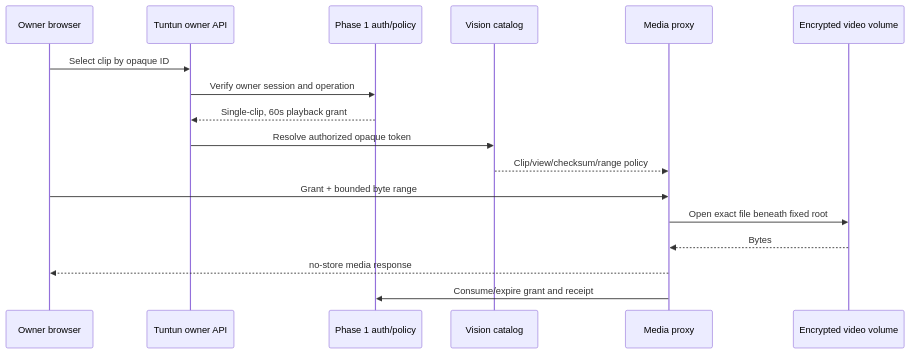
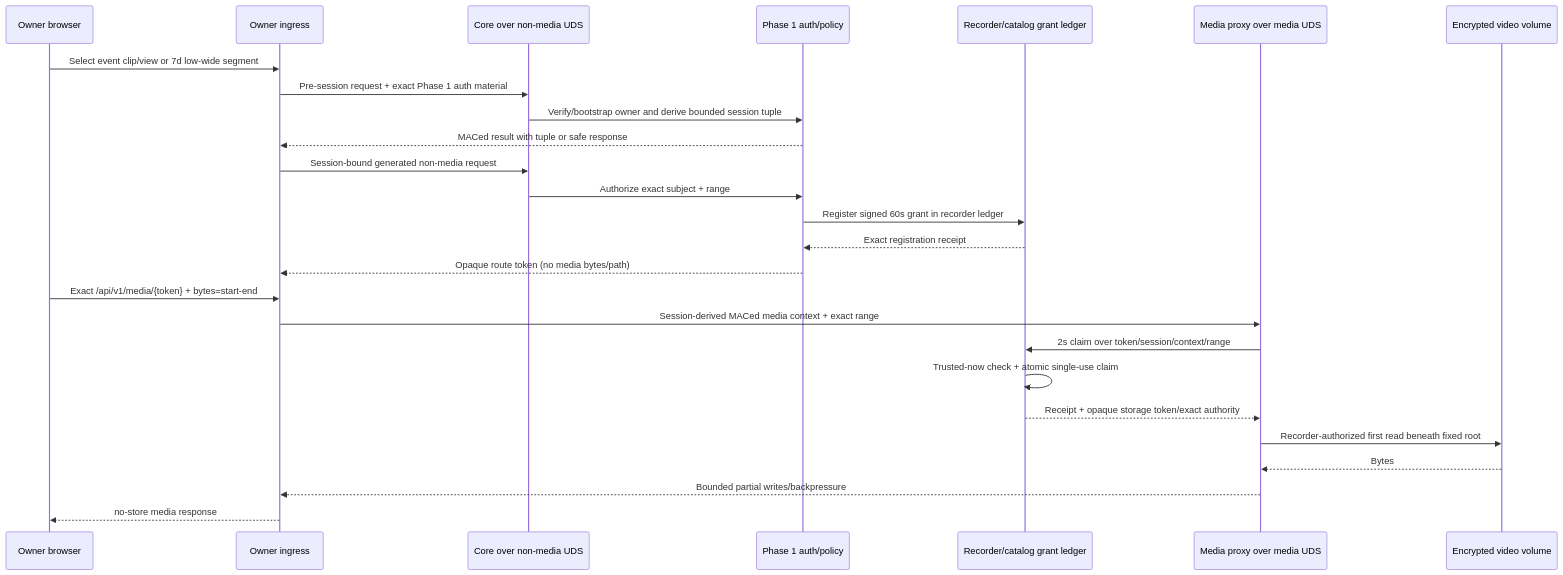
Before and after one commit to infosecbot1/TunTun: the third of 4 diagrams in docs/superpowers/specs/2026-08-27-tuntun-phase3-vision-presence-storage-design.md, drawn with Mermaid. The commit also changed other lines of this file and 24 other files, not shown here.

````diff
--- a/docs/superpowers/specs/2026-08-27-tuntun-phase3-vision-presence-storage-design.md
+++ b/docs/superpowers/specs/2026-08-27-tuntun-phase3-vision-presence-storage-design.md
@@ -761,20 +783,29 @@
 ```mermaid
 sequenceDiagram
   participant O as Owner browser
-  participant API as Tuntun owner API
+  participant I as Owner ingress
+  participant API as Core over non-media UDS
   participant Auth as Phase 1 auth/policy
-  participant Cat as Vision catalog
-  participant Proxy as Media proxy
+  participant Cat as Recorder/catalog grant ledger
+  participant Proxy as Media proxy over media UDS
   participant SSD as Encrypted video volume
 
-  O->>API: Select clip by opaque ID
-  API->>Auth: Verify owner session and operation
-  Auth-->>API: Single-clip, 60s playback grant
-  API->>Cat: Resolve authorized opaque token
-  Cat-->>Proxy: Clip/view/checksum/range policy
-  O->>Proxy: Grant + bounded byte range
-  Proxy->>SSD: Open exact file beneath fixed root
+  O->>I: Select event clip/view or 7d low-wide segment
+  I->>API: Pre-session request + exact Phase 1 auth material
+  API->>Auth: Verify/bootstrap owner and derive bounded session tuple
+  Auth-->>I: MACed result with tuple or safe response
+  I->>API: Session-bound generated non-media request
+  API->>Auth: Authorize exact subject + range
+  Auth->>Cat: Register signed 60s grant in recorder ledger
+  Cat-->>Auth: Exact registration receipt
+  Auth-->>I: Opaque route token (no media bytes/path)
+  O->>I: Exact /api/v1/media/{token} + bytes=start-end
+  I->>Proxy: Session-derived MACed media context + exact range
+  Proxy->>Cat: 2s claim over token/session/context/range
+  Cat->>Cat: Trusted-now check + atomic single-use claim
+  Cat-->>Proxy: Receipt + opaque storage token/exact authority
+  Proxy->>SSD: Recorder-authorized first read beneath fixed root
   SSD-->>Proxy: Bytes
-  Proxy-->>O: no-store media response
-  Proxy->>Auth: Consume/expire grant and receipt
+  Proxy-->>I: Bounded partial writes/backpressure
+  I-->>O: no-store media response
 ```
````
